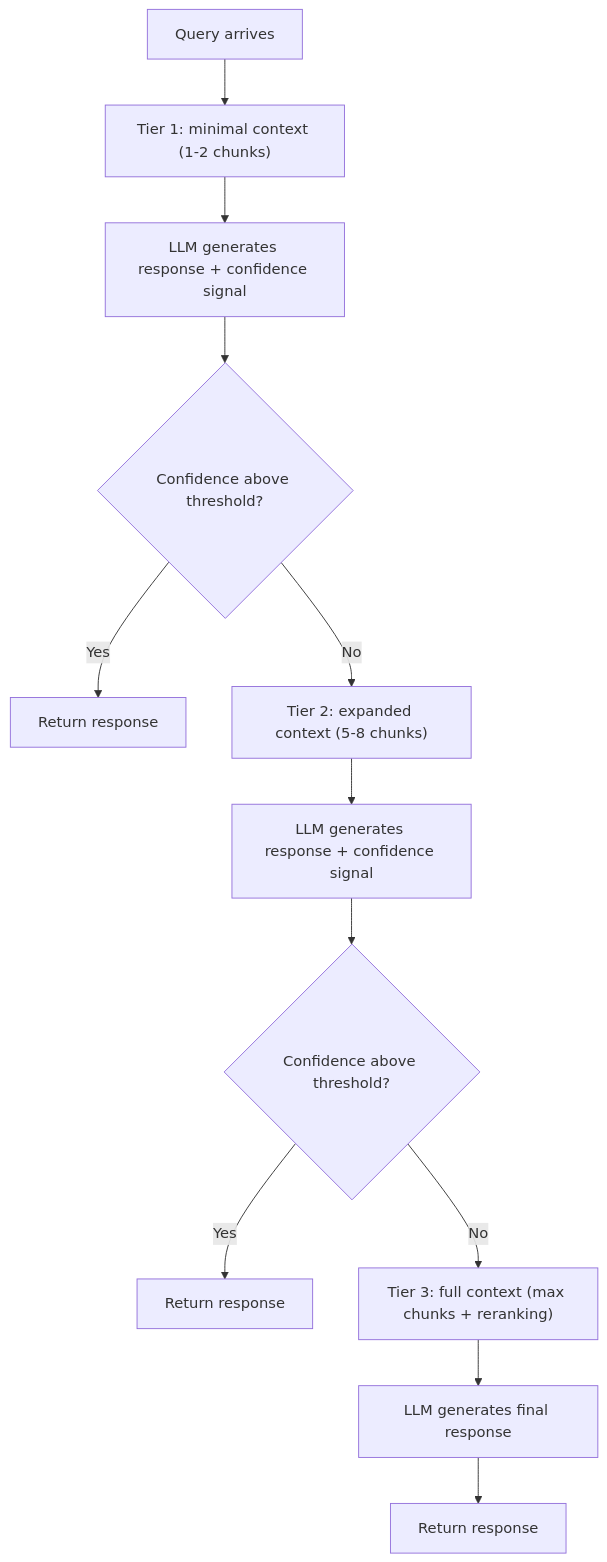
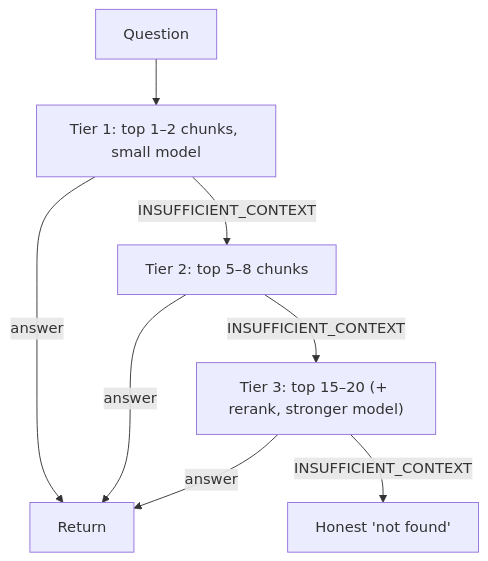
Before and after one commit to PrajwalAmte/AI-Engineering-Patterns: the diagram in content/patterns/cost-and-efficiency/cascading-context-assembly.md, drawn with Mermaid. The commit also changed other lines of this file and 190 other files, not shown here.

```diff
--- a/content/patterns/cost-and-efficiency/cascading-context-assembly.md
+++ b/content/patterns/cost-and-efficiency/cascading-context-assembly.md
@@ -35,14 +33,10 @@
 <pre class="mermaid">
 flowchart TD
-    A["Query arrives"] --> B["Tier 1: minimal context (1-2 chunks)"]
-    B --> C["LLM generates response + confidence signal"]
-    C --> D{"Confidence above threshold?"}
-    D -->|"Yes"| E["Return response"]
-    D -->|"No"| F["Tier 2: expanded context (5-8 chunks)"]
-    F --> G["LLM generates response + confidence signal"]
-    G --> H{"Confidence above threshold?"}
-    H -->|"Yes"| I["Return response"]
-    H -->|"No"| J["Tier 3: full context (max chunks + reranking)"]
-    J --> K["LLM generates final response"]
-    K --> L["Return response"]
+    Q["Question"] --> T1["Tier 1: top 1–2 chunks, small model"]
+    T1 -->|"answer"| R["Return"]
+    T1 -->|"INSUFFICIENT_CONTEXT"| T2["Tier 2: top 5–8 chunks"]
+    T2 -->|"answer"| R
+    T2 -->|"INSUFFICIENT_CONTEXT"| T3["Tier 3: top 15–20 (+ rerank, stronger model)"]
+    T3 -->|"answer"| R
+    T3 -->|"INSUFFICIENT_CONTEXT"| M["Honest 'not found'"]
 </pre>
```
